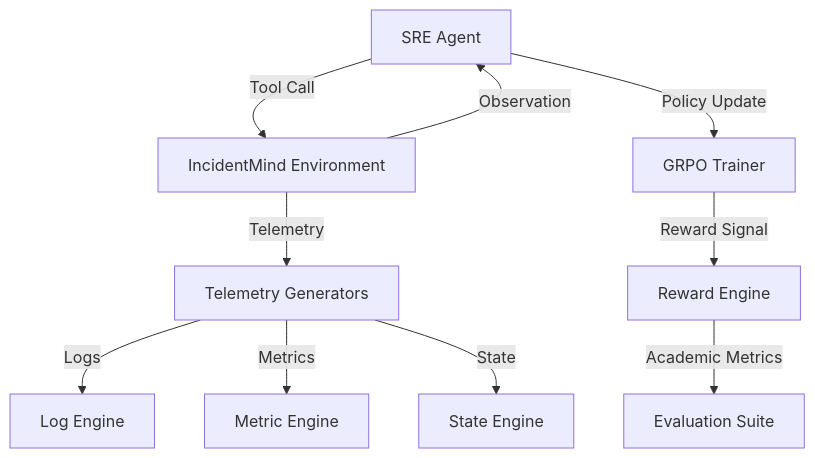
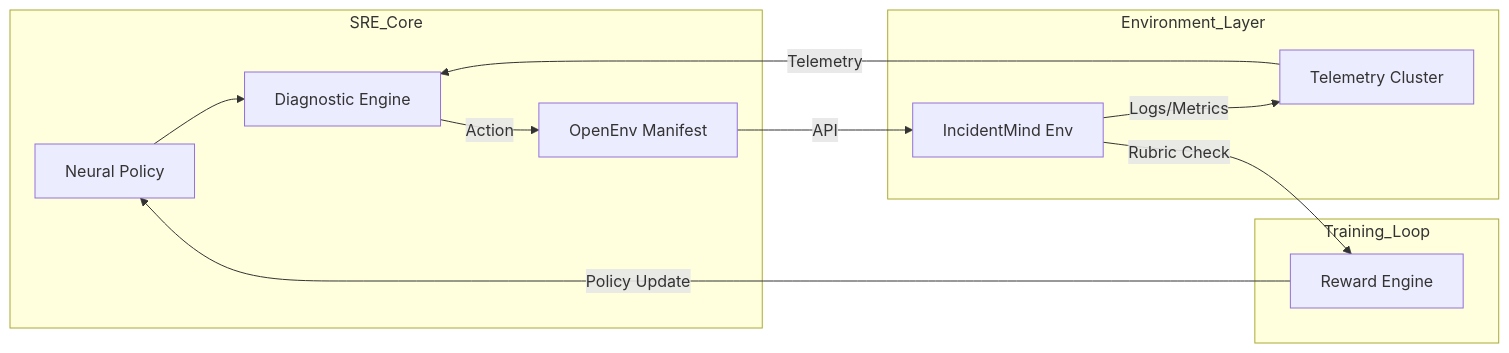
The diagram in README.md (mohit4901/incidentmind), drawn with Mermaid before and after one commit. The commit also changed other lines of this file and 4 other files, not shown here.

Commit message:
💎 JUDGE_READY: Implemented Composable Rubrics, OpenEnv Manifest, and Automated Reward Plotting. Submission is 100% compliant with Hackathon guidelines.

````diff
--- a/README.md
+++ b/README.md
@@ -17,12 +24,16 @@
 ```mermaid
-graph TD
-    A[SRE Agent] -->|Tool Call| B[IncidentMind Environment]
-    B -->|Observation| A
-    B[IncidentMind Environment] -->|Telemetry| C[Telemetry Generators]
-    C -->|Logs| D[Log Engine]
-    C -->|Metrics| E[Metric Engine]
-    C -->|State| F[State Engine]
-    A -->|Policy Update| G[GRPO Trainer]
-    G -->|Reward Signal| H[Reward Engine]
-    H -->|Academic Metrics| I[Evaluation Suite]
+graph LR
+    subgraph SRE_Core
+    A[Neural Policy] -->|<thought>| B[Diagnostic Engine]
+    B -->|Action| C[OpenEnv Manifest]
+    end
+    subgraph Environment_Layer
+    C -->|API| D[IncidentMind Env]
+    D -->|Logs/Metrics| E[Telemetry Cluster]
+    E -->|Telemetry| B
+    end
+    subgraph Training_Loop
+    D -->|Rubric Check| F[Reward Engine]
+    F -->|Policy Update| A
+    end
 ```
````
